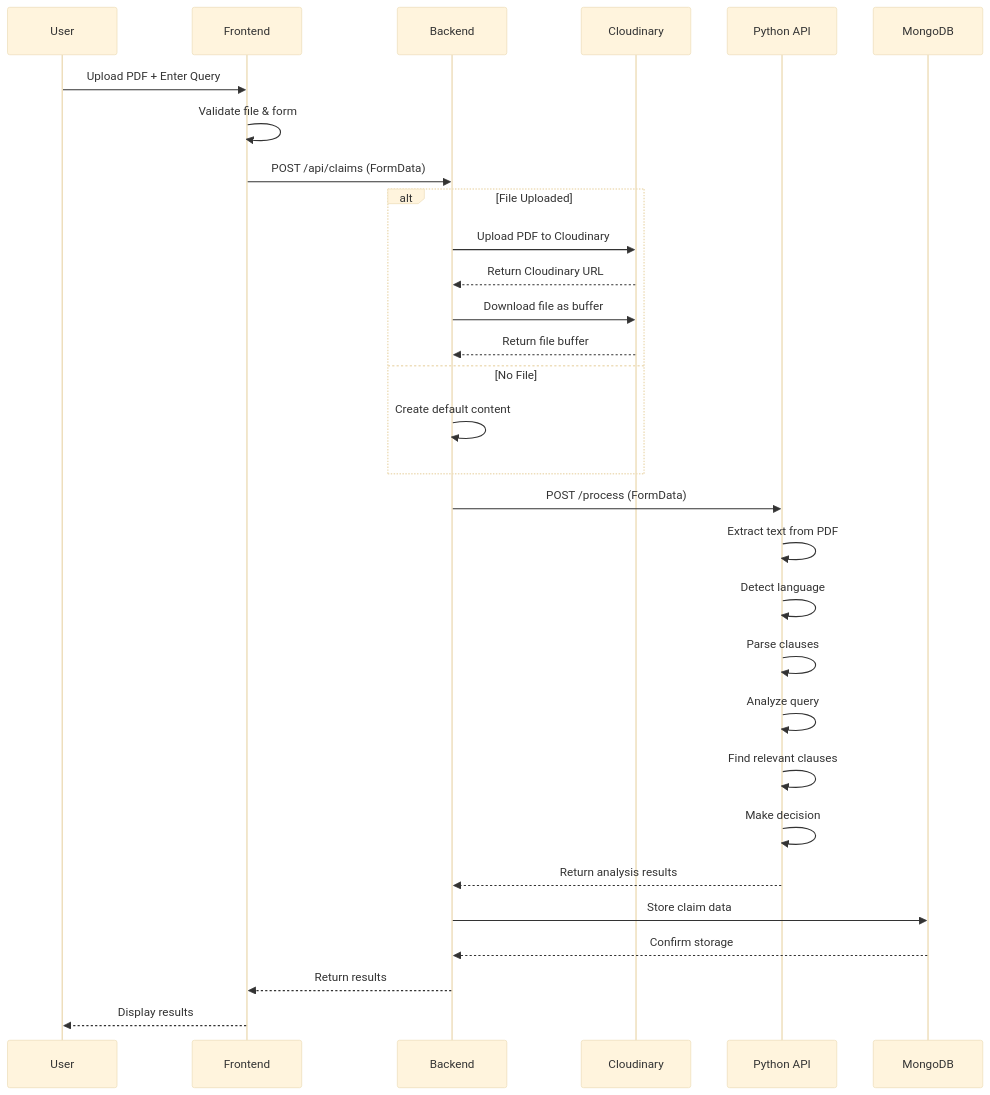
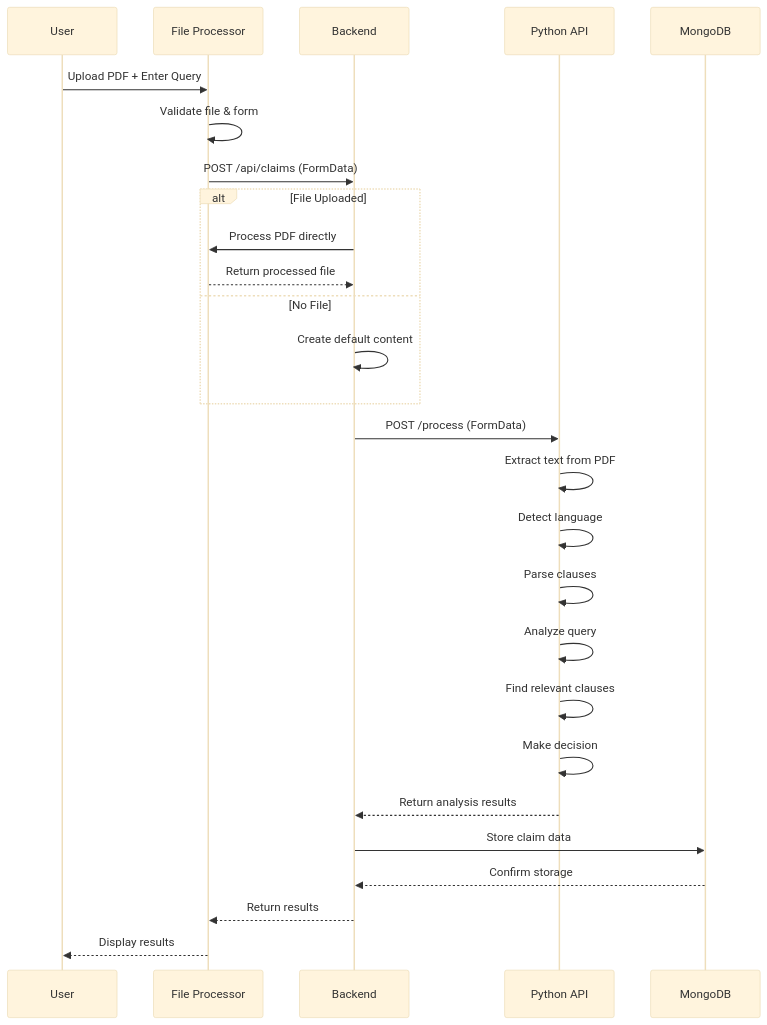
The diagram in WORKFLOW.md (yash720/bajaj), drawn with Mermaid (base theme) before and after one commit. The commit also changed other lines of this file and 14 other files, not shown here.

````diff
--- a/WORKFLOW.md
+++ b/WORKFLOW.md
@@ -213,36 +211,34 @@
 ```mermaid
 sequenceDiagram
     participant U as User
     participant F as Frontend
     participant B as Backend
-    participant C as Cloudinary
+    participant F as File Processor
     participant P as Python API
     participant M as MongoDB
 
     U->>F: Upload PDF + Enter Query
     F->>F: Validate file & form
     F->>B: POST /api/claims (FormData)
     
     alt File Uploaded
-        B->>C: Upload PDF to Cloudinary
-        C-->>B: Return Cloudinary URL
-        B->>C: Download file as buffer
-        C-->>B: Return file buffer
+        B->>F: Process PDF directly
+        F-->>B: Return processed file
     else No File
         B->>B: Create default content
     end
     
     B->>P: POST /process (FormData)
     P->>P: Extract text from PDF
     P->>P: Detect language
     P->>P: Parse clauses
     P->>P: Analyze query
     P->>P: Find relevant clauses
     P->>P: Make decision
     P-->>B: Return analysis results
     
     B->>M: Store claim data
     M-->>B: Confirm storage
     B-->>F: Return results
     F-->>U: Display results
 ```
````
